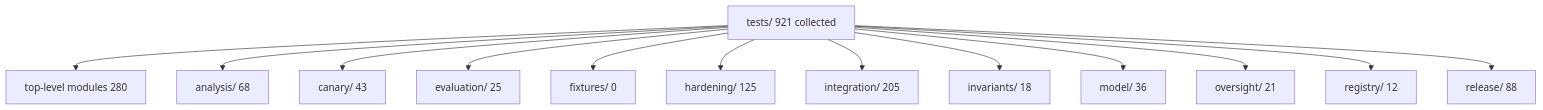
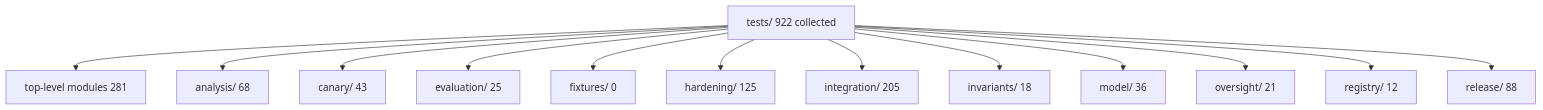
One commit to docxology/red_line changed the diagram in tests/README.md. Above: the diagram before and after it, drawn with Mermaid. The commit also changed other lines of this file and 15 other files, not shown here.

````diff
--- a/tests/README.md
+++ b/tests/README.md
@@ -7,28 +7,28 @@
 ```mermaid
 flowchart TD
-  root["tests/ 921 collected"]
-  top["top-level modules 280"]
+  root["tests/ 922 collected"]
+  top["top-level modules 281"]
   analysis["analysis/ 68"]
   canary["canary/ 43"]
   evaluation["evaluation/ 25"]
   fixtures["fixtures/ 0"]
   hardening["hardening/ 125"]
   integration["integration/ 205"]
   invariants["invariants/ 18"]
   model["model/ 36"]
   oversight["oversight/ 21"]
   registry["registry/ 12"]
   release["release/ 88"]
   root --> top
   root --> analysis
   root --> canary
   root --> evaluation
   root --> fixtures
   root --> hardening
   root --> integration
   root --> invariants
   root --> model
   root --> oversight
   root --> registry
   root --> release
 ```
````
